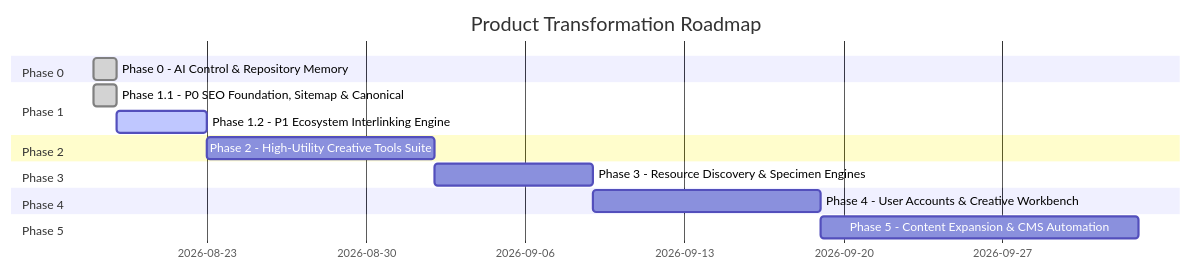
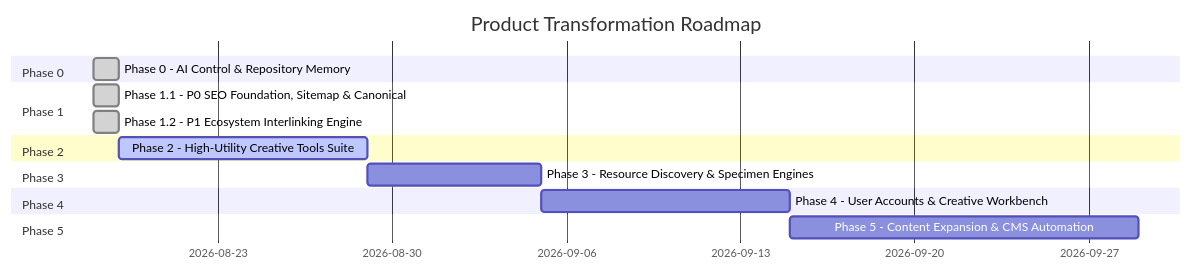
One commit to ravanmammadov1/blog.rvan.me changed the diagram in AI/ROADMAP.md. Above: the diagram before and after it, drawn with Mermaid. The commit also changed other lines of this file and 7 other files, not shown here.

Commit message:
feat: build contextual content ecosystem links

````diff
--- a/AI/ROADMAP.md
+++ b/AI/ROADMAP.md
@@ -5,18 +5,18 @@
 ```mermaid
 gantt
     title Product Transformation Roadmap
     dateFormat  YYYY-MM-DD
     section Phase 0
     Phase 0 - AI Control & Repository Memory       :done, p0, 2026-08-18, 1d
     section Phase 1
     Phase 1.1 - P0 SEO Foundation, Sitemap & Canonical :done, p1a, 2026-08-18, 1d
-    Phase 1.2 - P1 Ecosystem Interlinking Engine       :active, p1b, 2026-08-19, 4d
+    Phase 1.2 - P1 Ecosystem Interlinking Engine       :done, p1b, 2026-08-18, 1d
     section Phase 2
-    Phase 2 - High-Utility Creative Tools Suite        :p2, 2026-08-23, 10d
+    Phase 2 - High-Utility Creative Tools Suite        :active, p2, 2026-08-19, 10d
     section Phase 3
-    Phase 3 - Resource Discovery & Specimen Engines     :p3, 2026-09-02, 7d
+    Phase 3 - Resource Discovery & Specimen Engines     :p3, 2026-08-29, 7d
     section Phase 4
-    Phase 4 - User Accounts & Creative Workbench       :p4, 2026-09-09, 10d
+    Phase 4 - User Accounts & Creative Workbench       :p4, 2026-09-05, 10d
     section Phase 5
-    Phase 5 - Content Expansion & CMS Automation       :p5, 2026-09-19, 14d
+    Phase 5 - Content Expansion & CMS Automation       :p5, 2026-09-15, 14d
 ```
````
